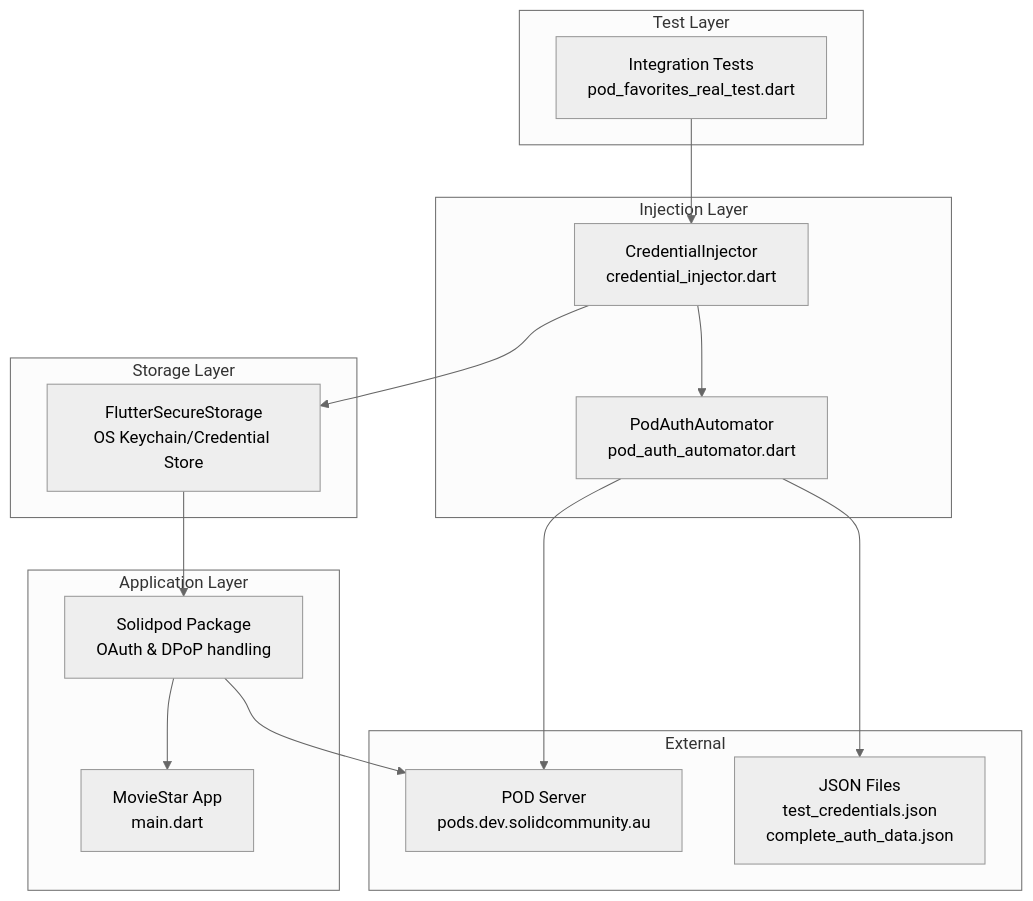
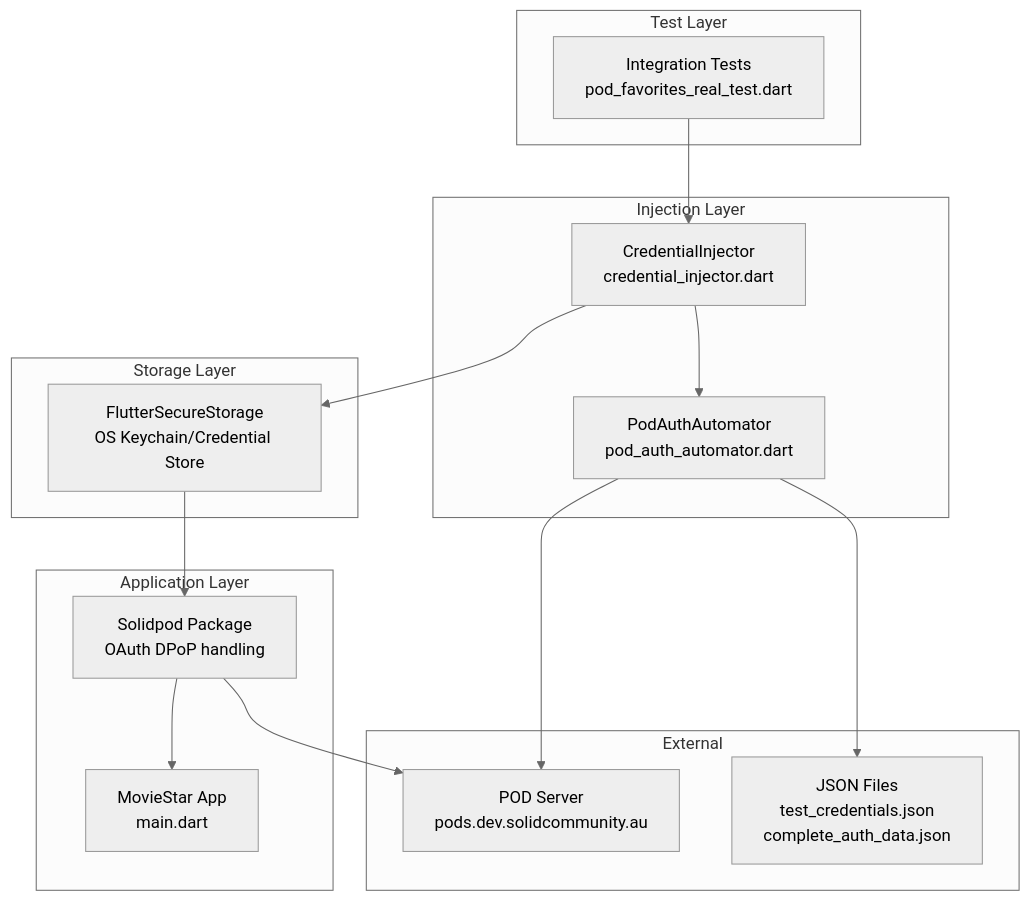
Before and after one commit to anusii/moviestar: the diagram in integration_test/docs/architecture.md, drawn with Mermaid (neutral theme). The commit also changed other lines of this file and 10 other files, not shown here.

````diff
--- a/integration_test/docs/architecture.md
+++ b/integration_test/docs/architecture.md
@@ -9,34 +16,34 @@
 ```mermaid
 flowchart TB
     subgraph "Test Layer"
         A[Integration Tests<br/>pod_favorites_real_test.dart]
     end
 
     subgraph "Injection Layer"
         B[CredentialInjector<br/>credential_injector.dart]
         C[PodAuthAutomator<br/>pod_auth_automator.dart]
     end
 
     subgraph "Storage Layer"
         D[FlutterSecureStorage<br/>OS Keychain/Credential Store]
     end
 
     subgraph "Application Layer"
         E[MovieStar App<br/>main.dart]
-        F[Solidpod Package<br/>OAuth & DPoP handling]
+        F[Solidpod Package<br/>OAuth DPoP handling]
     end
 
     subgraph "External"
         G[POD Server<br/>pods.dev.solidcommunity.au]
         H[JSON Files<br/>test_credentials.json<br/>complete_auth_data.json]
     end
 
     A --> B
     B --> C
     B --> D
     C --> H
     C --> G
     D --> F
     F --> E
     F --> G
 ```
````
